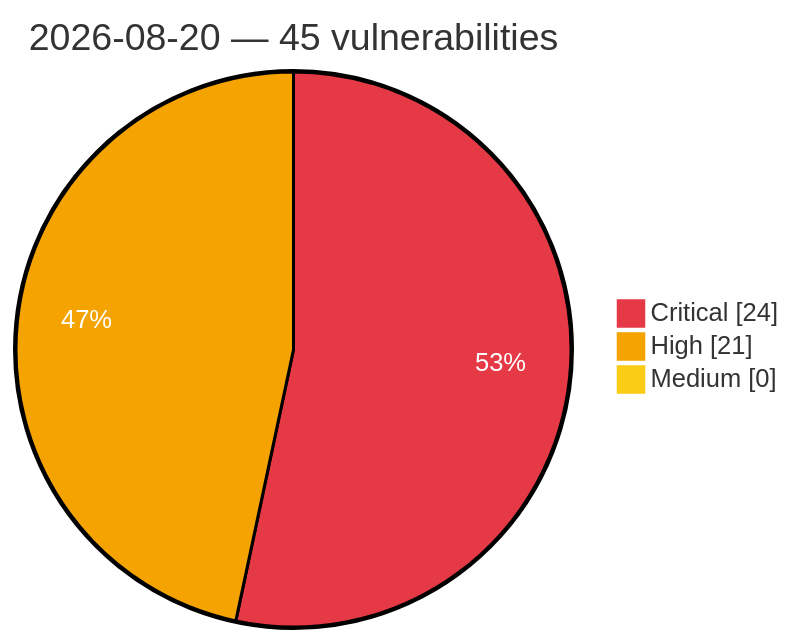
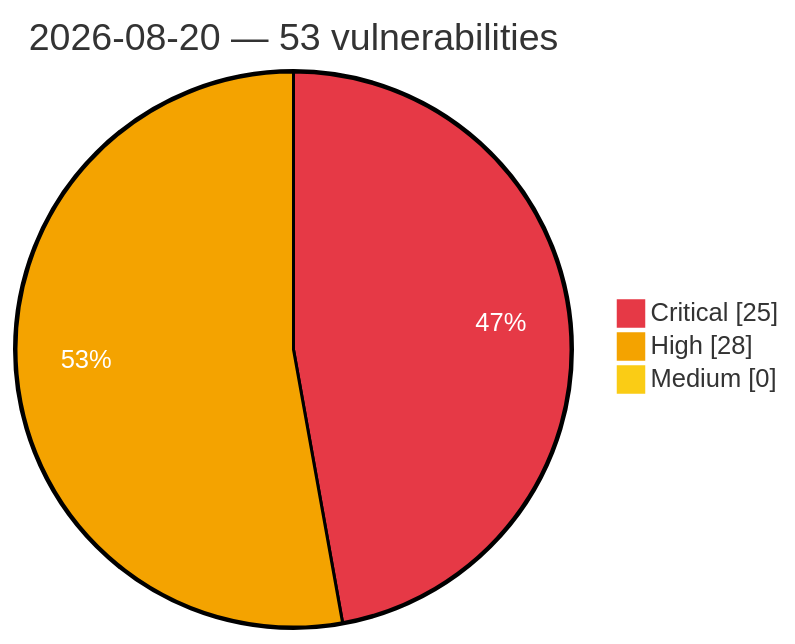
One commit to GhostX0X/vuln-tracker changed the diagram in vulnerabilities/2026/August/2026-08-20.md. Above: the diagram before and after it, drawn with Mermaid. The commit also changed other lines of this file and 5 other files, not shown here.

Commit message:
Auto update: critical/high vulns (2026-08-20 16:32 UTC)

````diff
--- a/vulnerabilities/2026/August/2026-08-20.md
+++ b/vulnerabilities/2026/August/2026-08-20.md
@@ -3,8 +3,8 @@
 ```mermaid
 %%{init: {'theme':'base', 'themeVariables': {'pie1':'#e63946', 'pie2':'#f4a300', 'pie3':'#facc15', 'pieOpacity':'1', 'pieOuterStrokeWidth':'2px', 'pieSectionTextColor':'#ffffff'}}}%%
 pie showData
-    title 2026-08-20 — 45 vulnerabilities
-    "Critical" : 24
-    "High" : 21
+    title 2026-08-20 — 53 vulnerabilities
+    "Critical" : 25
+    "High" : 28
     "Medium" : 0
 ```
````
